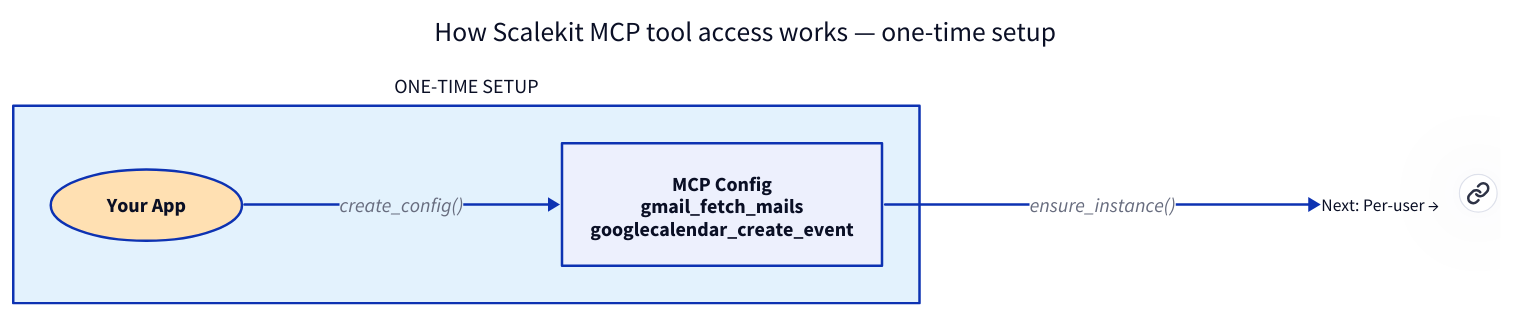
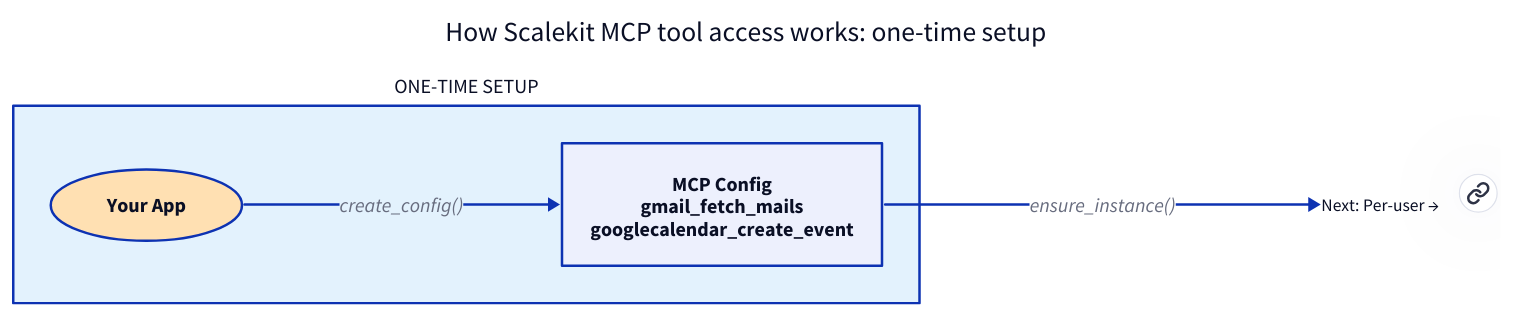
The first of 3 diagrams in src/content/docs/agentkit/mcp/configure-mcp-server.mdx (scalekit-inc/developer-docs), drawn with D2 before and after one commit. The commit also changed other lines of this file and 159 other files, not shown here.

````diff
--- a/src/content/docs/agentkit/mcp/configure-mcp-server.mdx
+++ b/src/content/docs/agentkit/mcp/configure-mcp-server.mdx
@@ -43,34 +43,34 @@
 ```d2 pad=48
 direction: right
 
-title: "How Scalekit MCP tool access works — one-time setup" {
+title: "How Scalekit MCP tool access works: one-time setup" {
   near: top-center
   shape: text
   style.font-size: 22
 }
 
 one_time: {
   label: "ONE-TIME SETUP"
   style.fill: "#E3F2FD"
   style.font-size: 16
 
   your_app: "Your App" {
     shape: oval
     style.fill: "#FFE0B2"
     style.font-size: 16
   }
   mcp_config: "MCP Config\ngmail_fetch_mails\ngooglecalendar_create_event" {
     shape: rectangle
     style.font-size: 16
   }
   your_app -> mcp_config: create_config()
 }
 
 next_flow: "Next: Per-user →" {
   shape: text
   style.font-size: 14
   link: "#per-user"
 }
 
 one_time.mcp_config -> next_flow: ensure_instance()
 ```
````
